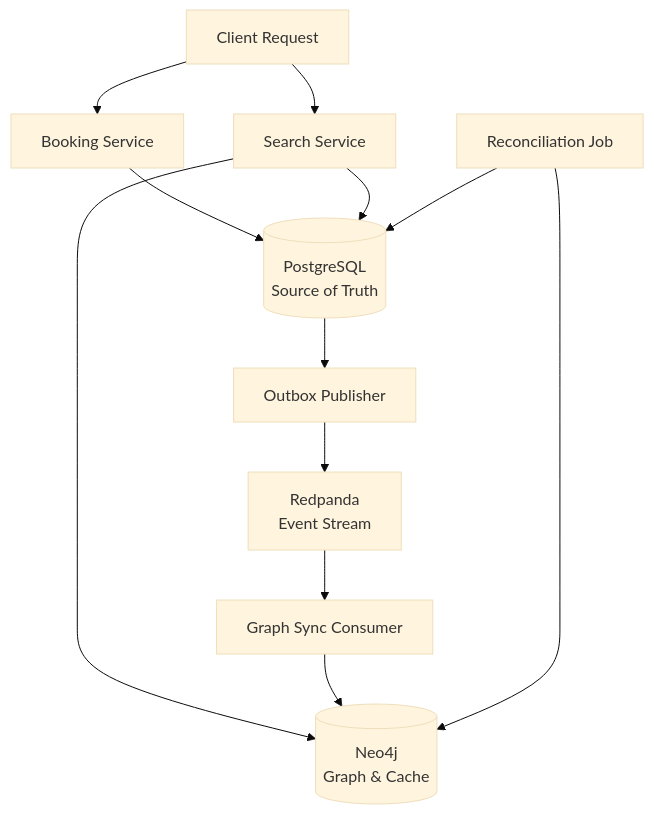
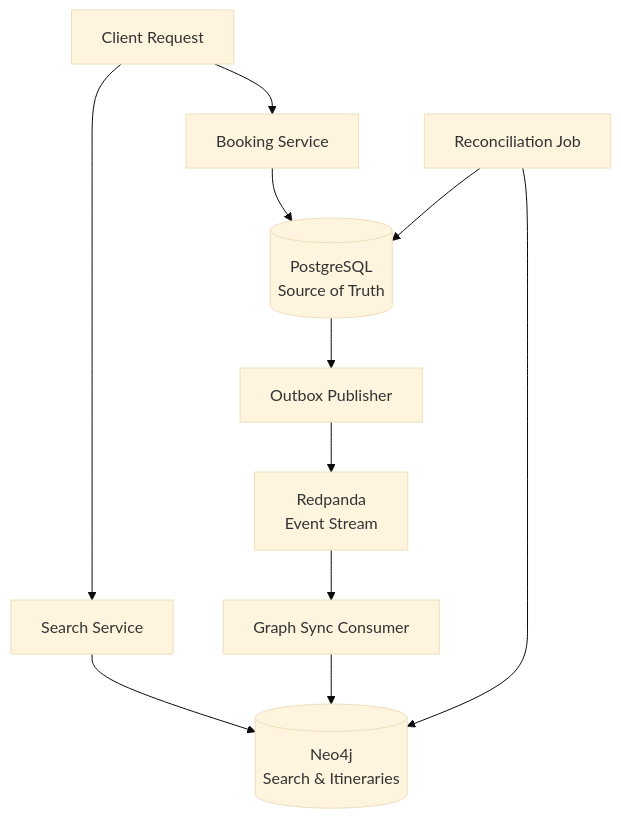
Before and after one commit to prtxsahu/flightBooking: the diagram in highLevelDesign.md, drawn with Mermaid (base theme). The commit also changed other lines of this file and 67 other files, not shown here.

````diff
--- a/highLevelDesign.md
+++ b/highLevelDesign.md
@@ -54,24 +54,23 @@
 ```mermaid
 graph TB
     Client[Client Request]
     BookingService[Booking Service]
     SearchService[Search Service]
     PostgreSQL[(PostgreSQL<br/>Source of Truth)]
-    Neo4j[(Neo4j<br/>Graph & Cache)]
+    Neo4j[(Neo4j<br/>Search & Itineraries)]
     Redpanda[Redpanda<br/>Event Stream]
     
     Client --> BookingService
     Client --> SearchService
     
     BookingService --> PostgreSQL
-    SearchService --> PostgreSQL
     SearchService --> Neo4j
     
     PostgreSQL --> OutboxPublisher[Outbox Publisher]
     OutboxPublisher --> Redpanda
     Redpanda --> GraphConsumer[Graph Sync Consumer]
     GraphConsumer --> Neo4j
     
     ReconciliationJob[Reconciliation Job] --> PostgreSQL
     ReconciliationJob --> Neo4j
 ```
````
